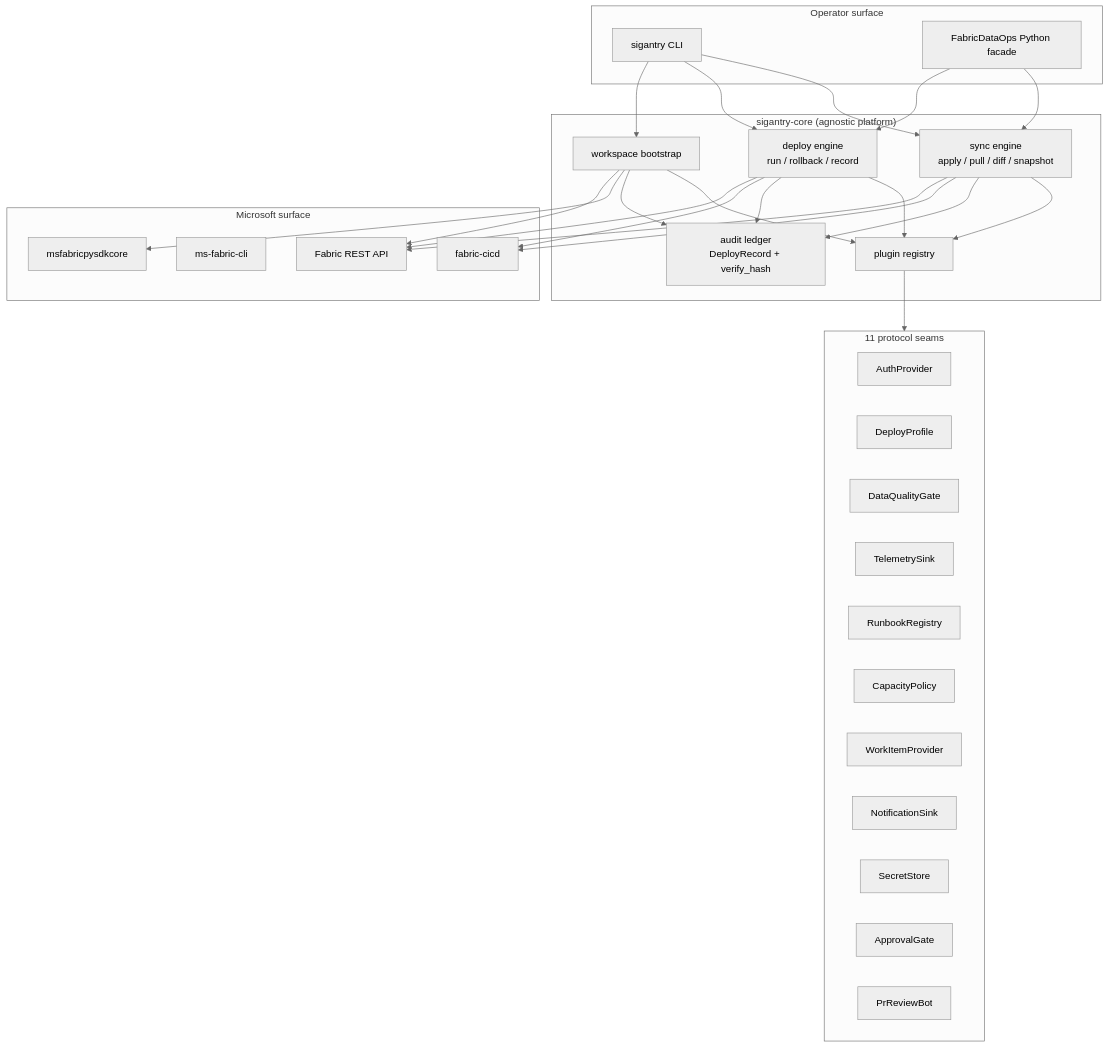
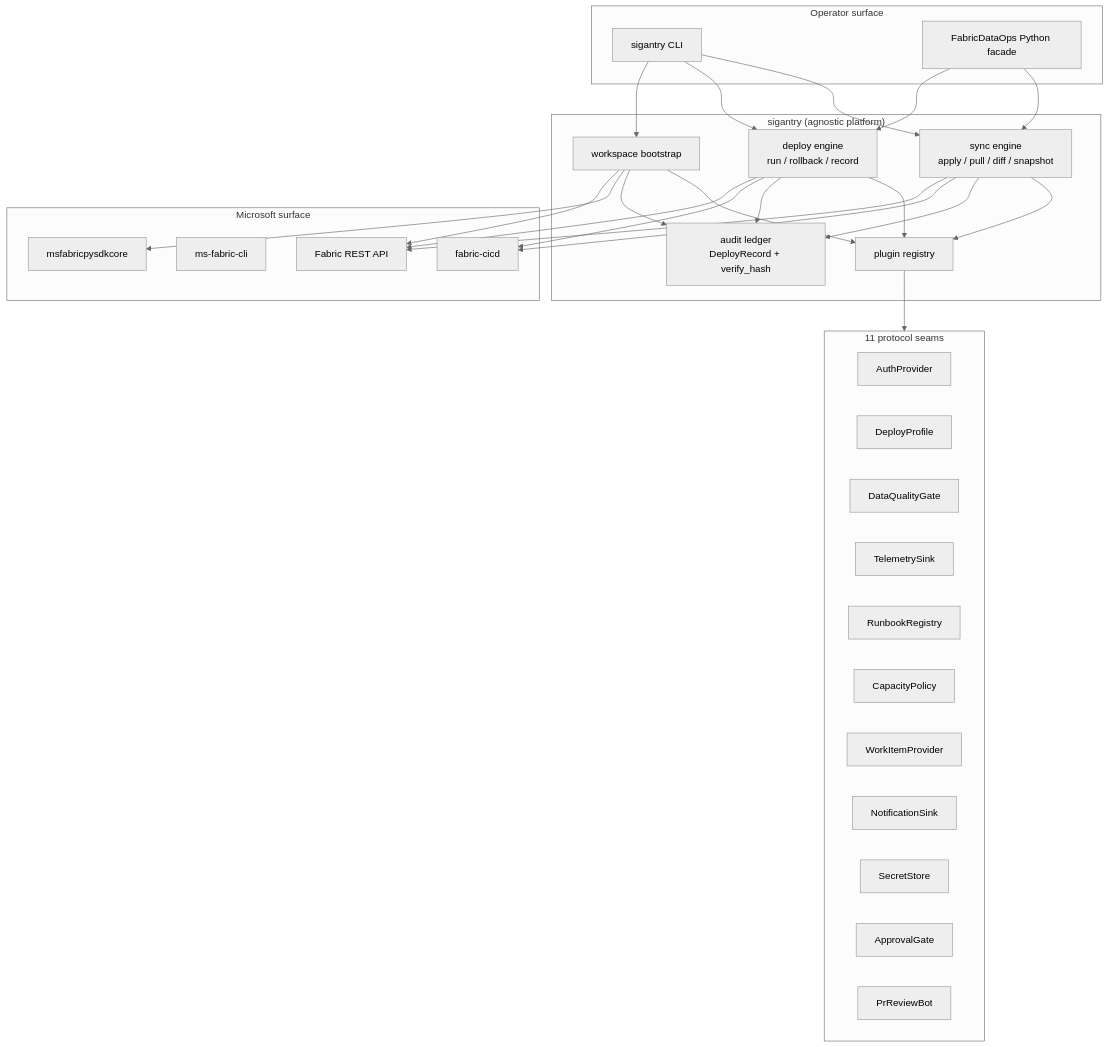
Before and after one commit to Bralabee/sigantry: the first of 11 diagrams in docs/USER-GUIDE.md, drawn with Mermaid (neutral theme). The commit also changed other lines of this file and 20 other files, not shown here.

````diff
--- a/docs/USER-GUIDE.md
+++ b/docs/USER-GUIDE.md
@@ -140,52 +138,52 @@
 ```mermaid
 graph TB
     subgraph Operator["Operator surface"]
         CLI["sigantry CLI"]
         API["FabricDataOps Python facade"]
     end
-    subgraph Core["sigantry-core (agnostic platform)"]
+    subgraph Core["sigantry (agnostic platform)"]
         SYNC["sync engine<br/>apply / pull / diff / snapshot"]
         DEPLOY["deploy engine<br/>run / rollback / record"]
         BOOT["workspace bootstrap"]
         REG["plugin registry"]
         AUD["audit ledger<br/>DeployRecord + verify_hash"]
     end
     subgraph Seams["11 protocol seams"]
         AUTH["AuthProvider"]
         DP["DeployProfile"]
         DQ["DataQualityGate"]
         TS["TelemetrySink"]
         RR["RunbookRegistry"]
         CP["CapacityPolicy"]
         WI["WorkItemProvider"]
         NS["NotificationSink"]
         SS["SecretStore"]
         AG["ApprovalGate"]
         PB["PrReviewBot"]
     end
     subgraph Upstream["Microsoft surface"]
         FCC["fabric-cicd"]
         FCLI["ms-fabric-cli"]
         SDK["msfabricpysdkcore"]
         REST["Fabric REST API"]
     end
 
     CLI --> SYNC
     CLI --> DEPLOY
     CLI --> BOOT
     API --> SYNC
     API --> DEPLOY
     SYNC --> REG
     DEPLOY --> REG
     BOOT --> REG
     REG --> Seams
     SYNC --> AUD
     DEPLOY --> AUD
     BOOT --> AUD
     SYNC --> FCC
     DEPLOY --> FCC
     BOOT --> SDK
     SYNC --> REST
     DEPLOY --> REST
     BOOT --> REST
 ```
````
